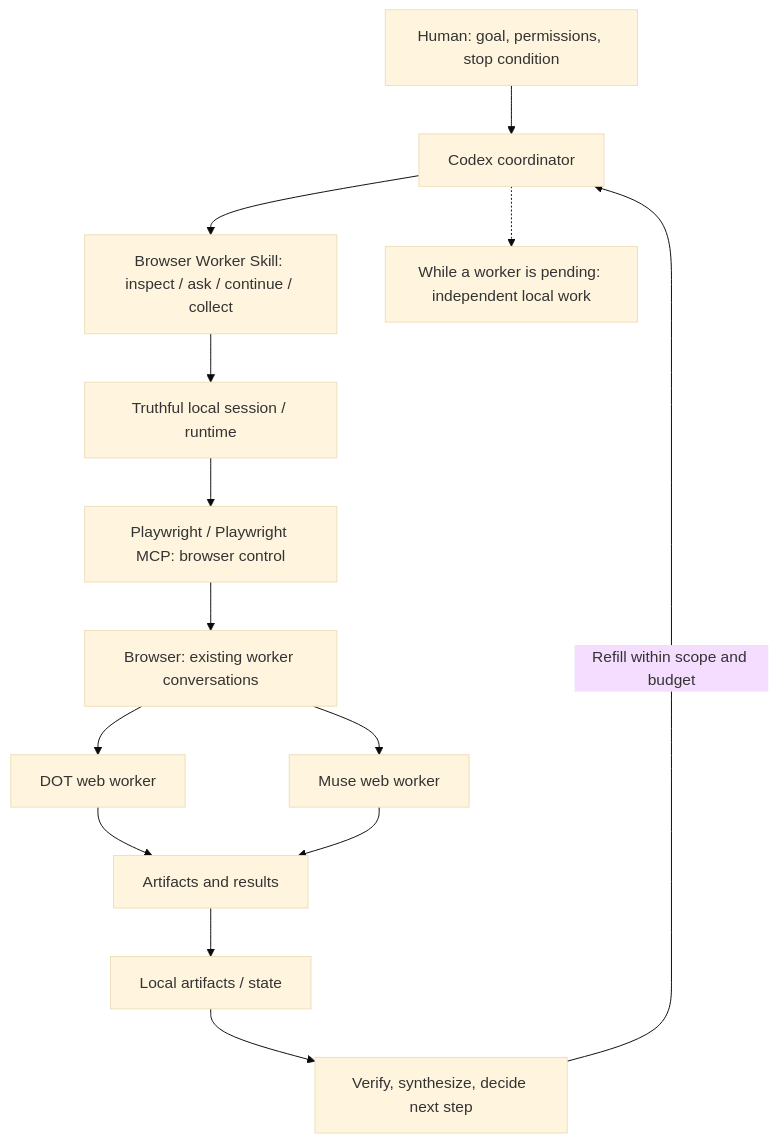
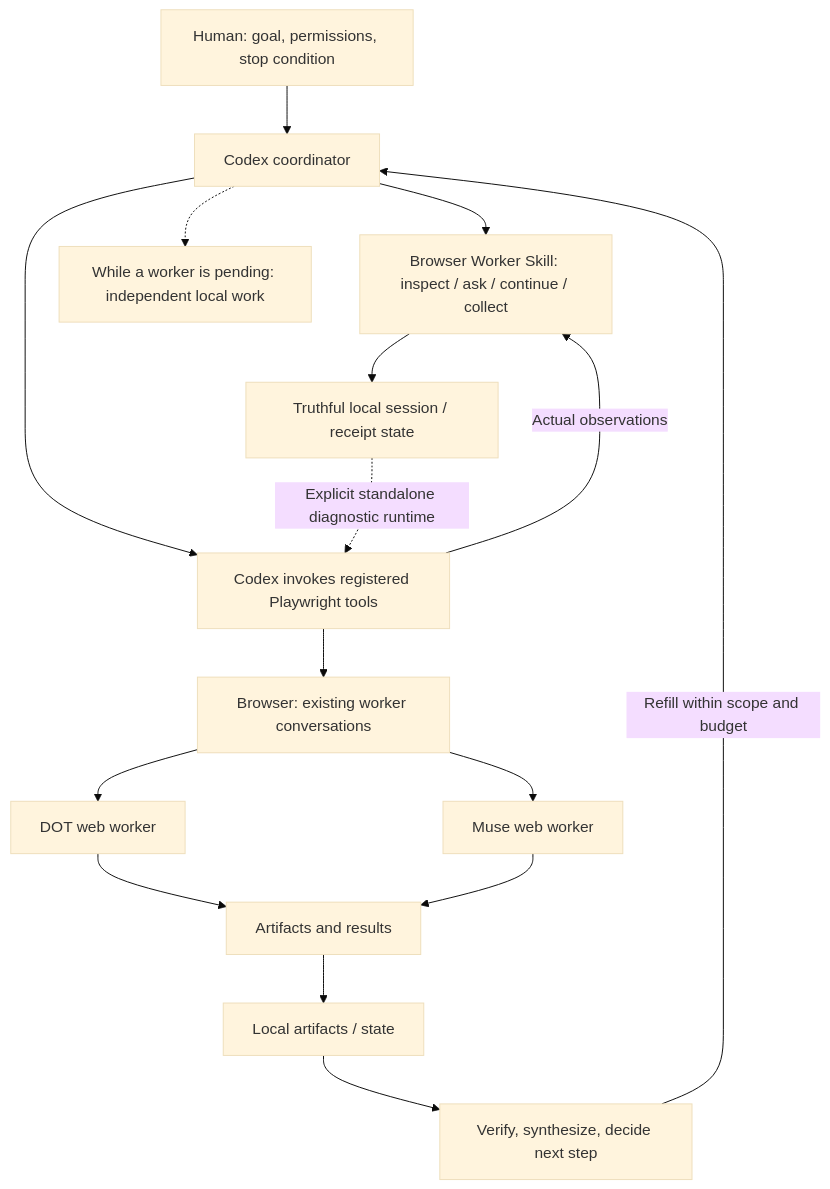
Before and after one commit to nihaldipak650-collab/codex-dot-muse-orchestration-log: the diagram in README.md, drawn with Mermaid (base theme). The commit also changed other lines of this file and 14 other files, not shown here.

````diff
--- a/README.md
+++ b/README.md
@@ -27,16 +37,18 @@
 ```mermaid
 flowchart TD
   H["Human: goal, permissions, stop condition"] --> C["Codex coordinator"]
   C --> S["Browser Worker Skill: inspect / ask / continue / collect"]
-  S --> T["Truthful local session / runtime"]
-  T --> P["Playwright / Playwright MCP: browser control"]
+  S --> T["Truthful local session / receipt state"]
+  C --> P["Codex invokes registered Playwright tools"]
+  P -->|"Actual observations"| S
+  T -.->|"Explicit standalone diagnostic runtime"| P
   P --> B["Browser: existing worker conversations"]
   B --> D["DOT web worker"]
   B --> M["Muse web worker"]
   D --> A["Artifacts and results"]
   M --> A
   A --> E["Local artifacts / state"]
   E --> V["Verify, synthesize, decide next step"]
   V -->|"Refill within scope and budget"| C
   C -.-> W["While a worker is pending: independent local work"]
 ```
````
